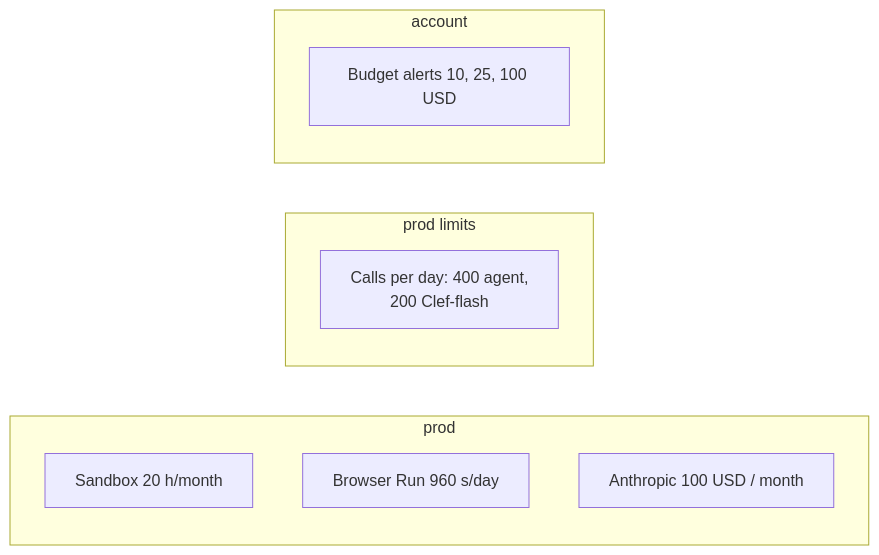
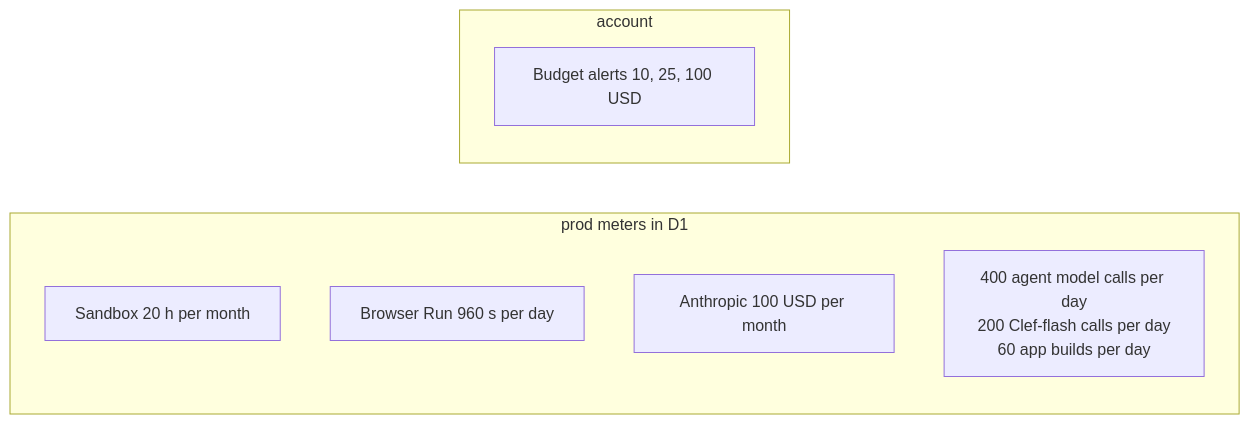
The second of 2 diagrams in docs/operations/costs.md (nsudhanva/rhumbatron), drawn with Mermaid before and after one commit. The commit also changed other lines of this file and 47 other files, not shown here.

````diff
--- a/docs/operations/costs.md
+++ b/docs/operations/costs.md
@@ -46,14 +30,12 @@
 ```mermaid
 flowchart LR
-  subgraph prod[prod]
-    ps[Sandbox 20 h/month]
-    pb[Browser Run 960 s/day]
-    pv[Anthropic 100 USD / month]
-  end
-  subgraph each[prod limits]
-    ac[Calls per day: 400 agent,<br/>200 Clef-flash]
+  subgraph prod[prod meters in D1]
+    ps[Sandbox 20 h per month]
+    pb[Browser Run 960 s per day]
+    pv[Anthropic 100 USD per month]
+    ac[400 agent model calls per day<br/>200 Clef-flash calls per day<br/>60 app builds per day]
   end
   subgraph account[account]
     ab[Budget alerts 10, 25, 100 USD]
   end
 ```
````
